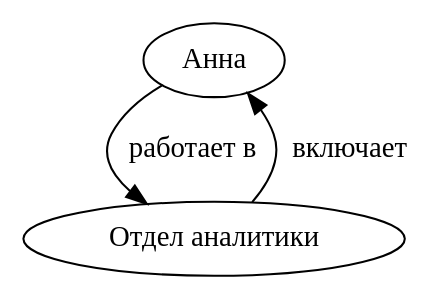
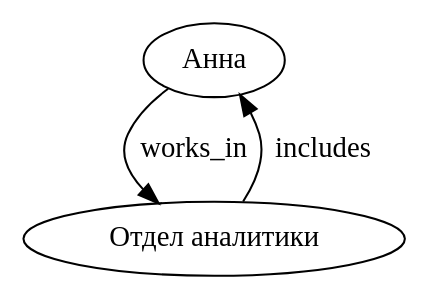
One commit to 0408raku3n/python_project changed the diagram in examples/dot/duplicate-edge-id.dot. Above: the diagram before and after it, drawn with Graphviz. The commit also changed 6 other files, not shown here.

```diff
--- a/examples/dot/duplicate-edge-id.dot
+++ b/examples/dot/duplicate-edge-id.dot
@@ -1,7 +1,7 @@
 digraph "semantic_graph" {
   graph [revision="0", schema_version="1"];
-  "person_1" [label="Анна"];
-  "team_1" [label="Отдел аналитики"];
-  "person_1" -> "team_1" [id="edge_1", label="работает в"];
-  "team_1" -> "person_1" [id="edge_1", label="включает"];
+  "person_1" [label="Анна", type="person"];
+  "team_1" [label="Отдел аналитики", type="organization"];
+  "person_1" -> "team_1" [id="edge_1", label="works_in"];
+  "team_1" -> "person_1" [id="edge_1", label="includes"];
 }
```
